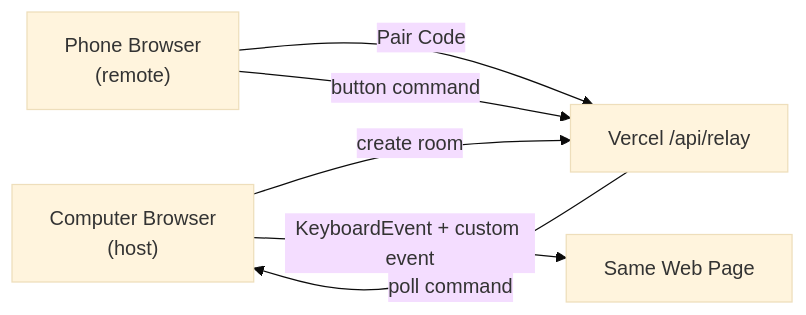
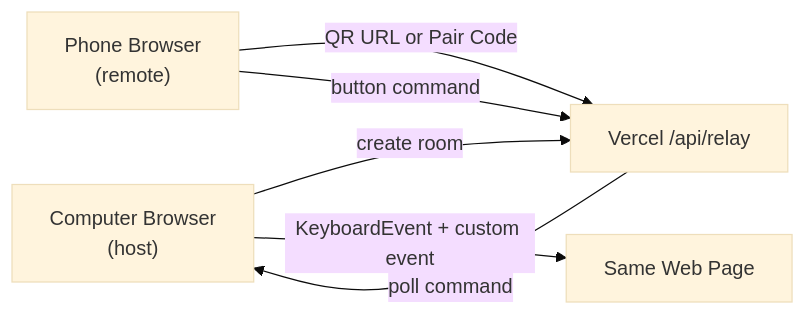
Before and after one commit to UICHANLEE/hotkey: the diagram in README.md, drawn with Mermaid (base theme). The commit also changed other lines of this file and 5 other files, not shown here.

````diff
--- a/README.md
+++ b/README.md
@@ -83,8 +83,8 @@
 ```mermaid
 flowchart LR
   Host["Computer Browser<br/>(host)"] -->|"create room"| Relay["Vercel /api/relay"]
-  Phone["Phone Browser<br/>(remote)"] -->|"Pair Code"| Relay
+  Phone["Phone Browser<br/>(remote)"] -->|"QR URL or Pair Code"| Relay
   Phone -->|"button command"| Relay
   Relay -->|"poll command"| Host
   Host -->|"KeyboardEvent + custom event"| WebApp["Same Web Page"]
 ```
````
